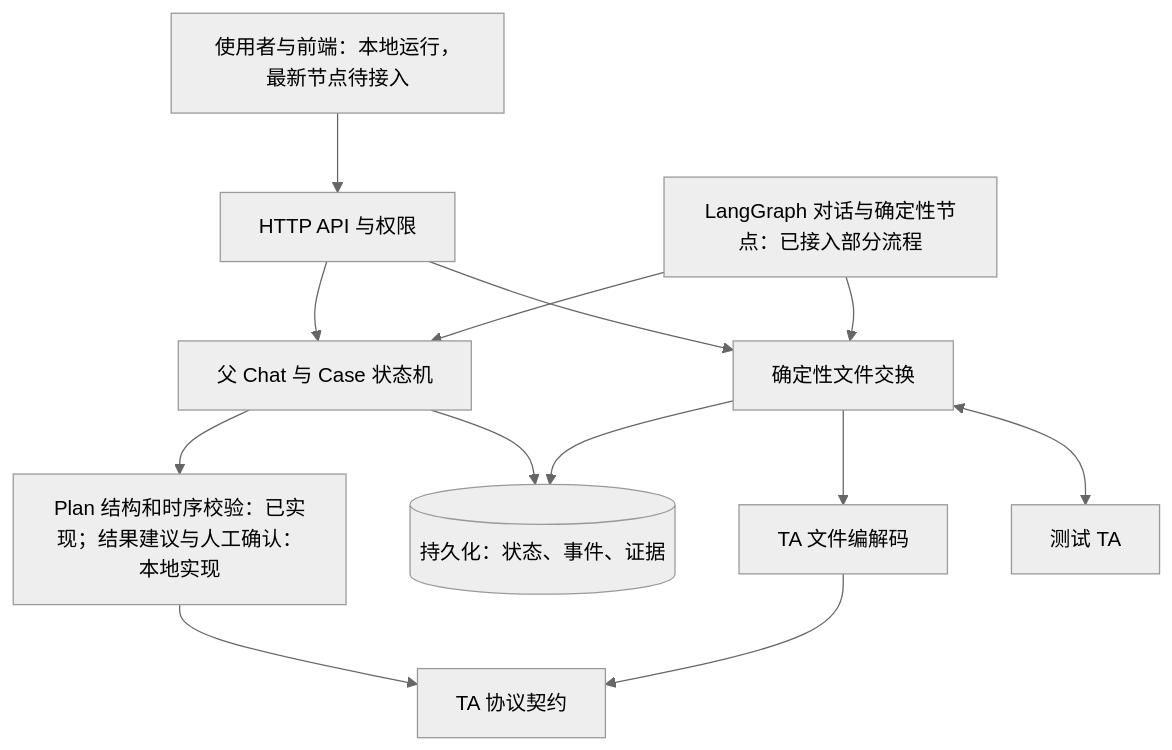
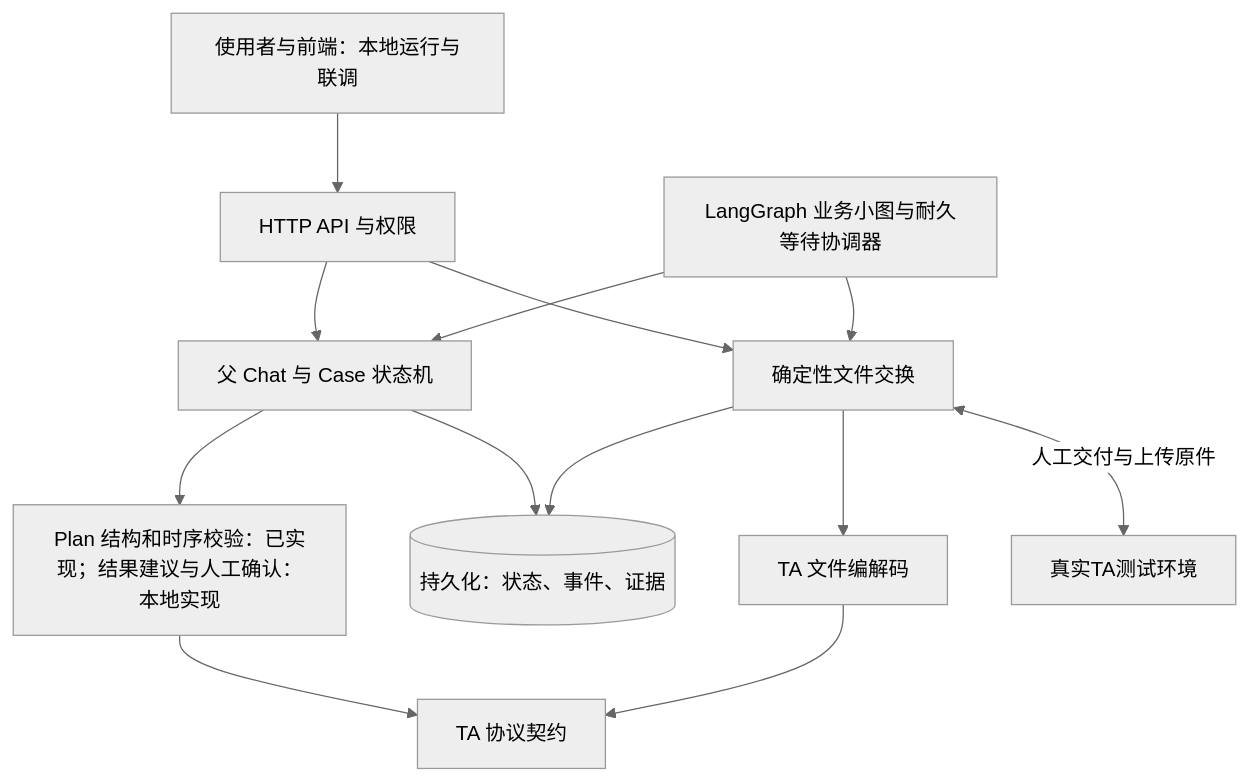
Before and after one commit to yqsota666/TA-case-test-Agent: the first of 3 diagrams in docs/Case全流程设计.md, drawn with Mermaid (neutral theme). The commit also changed other lines of this file and 1 other file, not shown here.

Commit message:
docs: align the complete case workflow with integrated backend behavior

````diff
--- a/docs/Case全流程设计.md
+++ b/docs/Case全流程设计.md
@@ -13,15 +13,15 @@
 ```mermaid
 flowchart TB
-  UI[使用者与前端：本地运行，最新节点待接入] --> API[HTTP API 与权限]
+  UI[使用者与前端：本地运行与联调] --> API[HTTP API 与权限]
   API --> CASE[父 Chat 与 Case 状态机]
   API --> EX[确定性文件交换]
-  AGENT[LangGraph 对话与确定性节点：已接入部分流程] --> CASE
+  AGENT[LangGraph 业务小图与耐久等待协调器] --> CASE
   AGENT --> EX
   CASE --> RULE[Plan 结构和时序校验：已实现；结果建议与人工确认：本地实现]
   CASE --> DB[(持久化：状态、事件、证据)]
   EX --> DB
   RULE --> CONTRACT[TA 协议契约]
   EX --> CODEC[TA 文件编解码]
   CODEC --> CONTRACT
-  EX <--> TA[测试 TA]
+  EX <-->|人工交付与上传原件| TA[真实TA测试环境]
 ```
````
